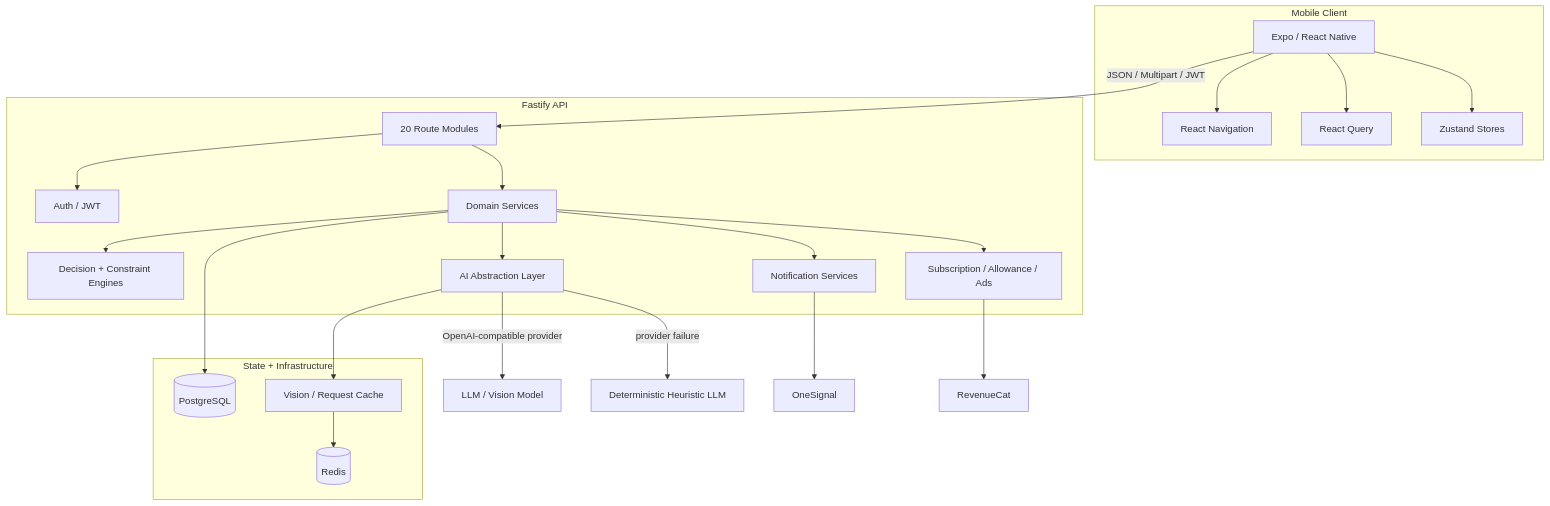
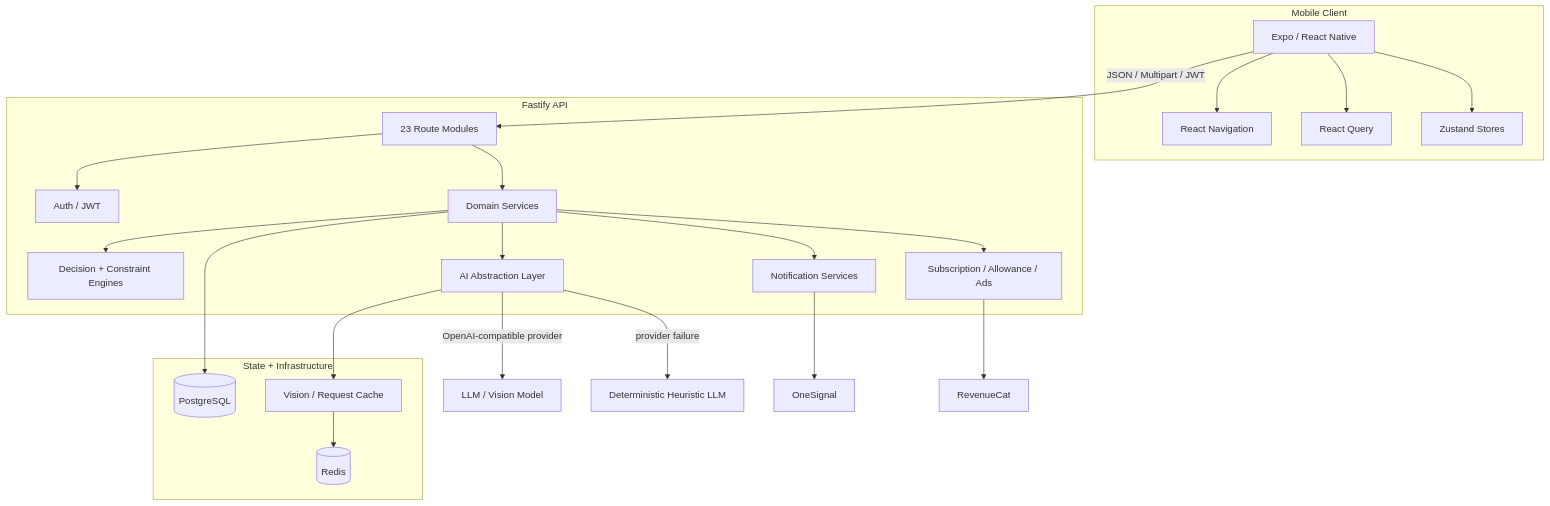
Before and after one commit to louji2308/Meal-Rescue: the second of 2 diagrams in README.md, drawn with Mermaid. The commit also changed other lines of this file and 3 other files, not shown here.

````diff
--- a/README.md
+++ b/README.md
@@ -112,43 +116,43 @@
 ```mermaid
 flowchart TB
     subgraph Client[Mobile Client]
       RN[Expo / React Native]
       NAV[React Navigation]
       RQ[React Query]
       Z[Zustand Stores]
       RN --> NAV
       RN --> RQ
       RN --> Z
     end
 
     subgraph API[Fastify API]
-      ROUTES[20 Route Modules]
+      ROUTES[23 Route Modules]
       AUTH[Auth / JWT]
       DOMAIN[Domain Services]
       DECISION[Decision + Constraint Engines]
       AI[AI Abstraction Layer]
       MONETIZE[Subscription / Allowance / Ads]
       NOTIFY[Notification Services]
       ROUTES --> AUTH
       ROUTES --> DOMAIN
       DOMAIN --> DECISION
       DOMAIN --> AI
       DOMAIN --> MONETIZE
       DOMAIN --> NOTIFY
     end
 
     subgraph Infra[State + Infrastructure]
       PG[(PostgreSQL)]
       REDIS[(Redis)]
       CACHE[Vision / Request Cache]
     end
 
     RN -->|JSON / Multipart / JWT| ROUTES
     DOMAIN --> PG
     AI --> CACHE
     AI -->|OpenAI-compatible provider| MODEL[LLM / Vision Model]
     AI -->|provider failure| FALLBACK[Deterministic Heuristic LLM]
     CACHE --> REDIS
     NOTIFY --> PUSH[OneSignal]
     MONETIZE --> RC[RevenueCat]
 ```
````
